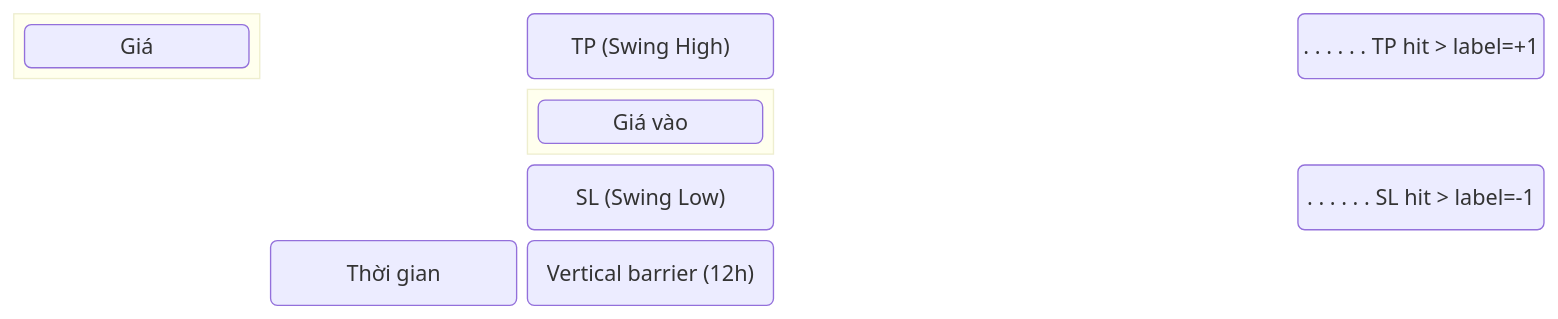
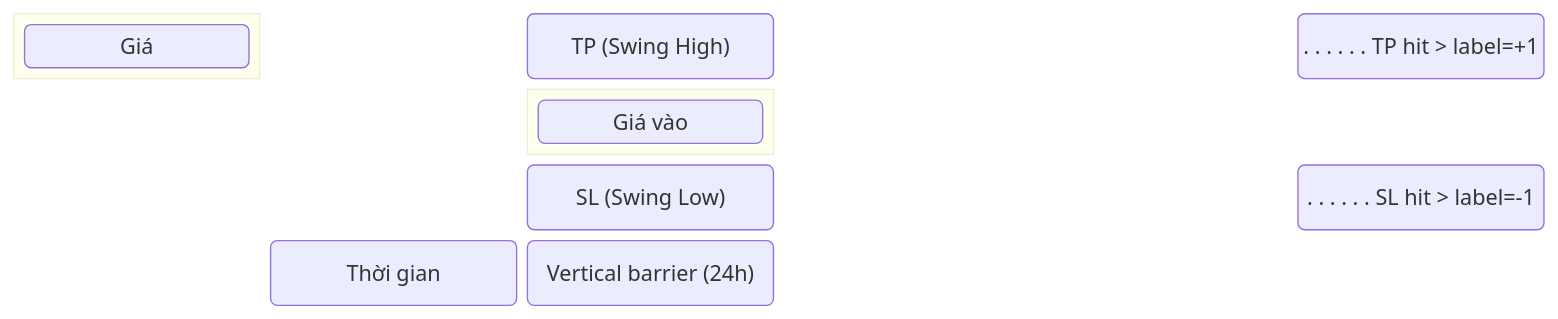
One commit to ultimateBroK/thesis-compact changed the second of 2 diagrams in docs/labeling.md. Above: the diagram before and after it, drawn with Mermaid. The commit also changed other lines of this file and 7 other files, not shown here.

````diff
--- a/docs/labeling.md
+++ b/docs/labeling.md
@@ -33,20 +33,20 @@
 ```mermaid
 block-beta
     columns 8
     block:price
         columns 1
         P("Giá")
     end
     space
     TP1("TP (Swing High)") space:2  TPH(". . . . . . TP hit > label=+1") space:2
     space:2
     block:mid1
         columns 1
         M1("Giá vào")
     end
     space:4
     space:3
     SL1("SL (Swing Low)") space:2  SLH(". . . . . . SL hit > label=-1") space:2
     space
-    T("Thời gian") V("Vertical barrier (12h)")
+    T("Thời gian") V("Vertical barrier (24h)")
 ```
````
